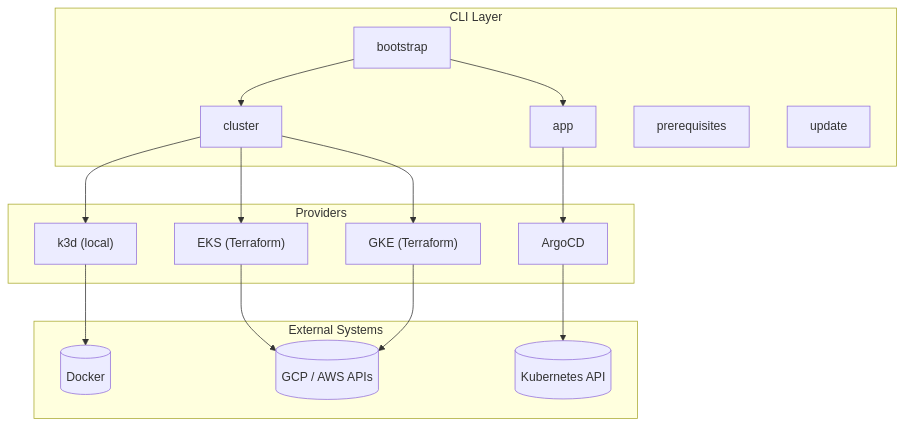
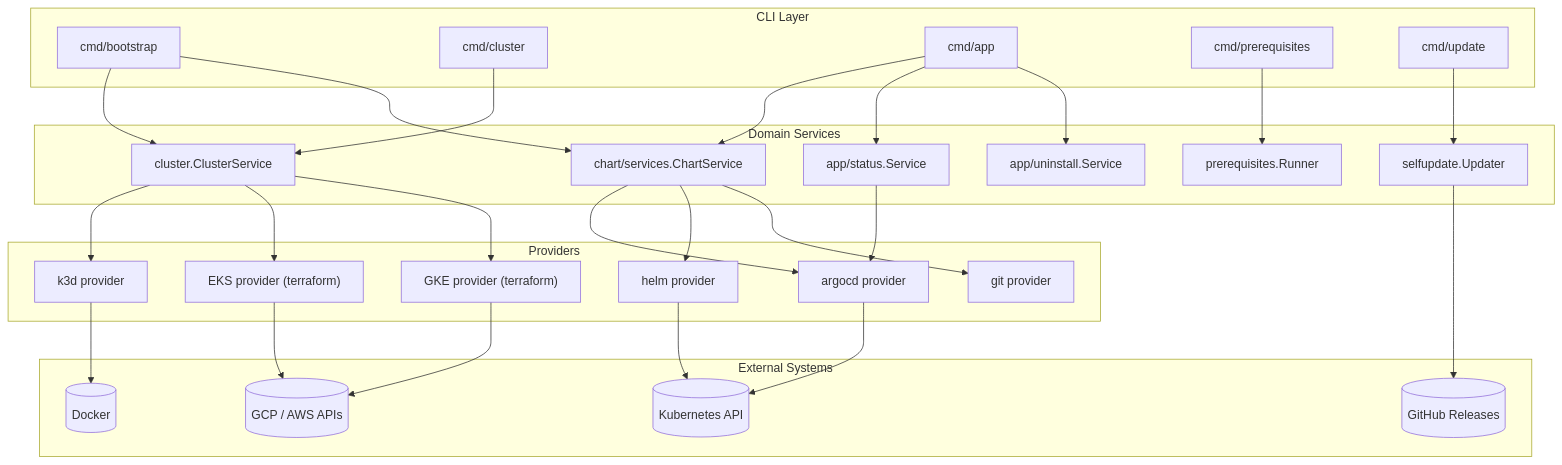
The diagram in docs/getting-started/introduction.md (flamingo-stack/openframe-cli), drawn with Mermaid before and after one commit. The commit also changed other lines of this file and 14 other files, not shown here.

````diff
--- a/docs/getting-started/introduction.md
+++ b/docs/getting-started/introduction.md
@@ -32,35 +47,59 @@
 ```mermaid
 graph TB
     subgraph "CLI Layer"
-        Bootstrap[bootstrap]
-        Cluster[cluster]
-        App[app]
-        Prereq[prerequisites]
-        Update[update]
+        Bootstrap["cmd/bootstrap"]
+        Cluster["cmd/cluster"]
+        App["cmd/app"]
+        Prereq["cmd/prerequisites"]
+        Update["cmd/update"]
+    end
+
+    subgraph "Domain Services"
+        ClusterSvc["cluster.ClusterService"]
+        ChartSvc["chart/services.ChartService"]
+        AppStatus["app/status.Service"]
+        AppUninstall["app/uninstall.Service"]
+        PrereqFw["prerequisites.Runner"]
+        SelfUpdate["selfupdate.Updater"]
     end
 
     subgraph "Providers"
-        K3d["k3d (local)"]
-        EKS["EKS (Terraform)"]
-        GKE["GKE (Terraform)"]
-        ArgoCD["ArgoCD"]
+        K3d["k3d provider"]
+        EKS["EKS provider (terraform)"]
+        GKE["GKE provider (terraform)"]
+        ArgoCD["argocd provider"]
+        Helm["helm provider"]
+        Git["git provider"]
     end
 
     subgraph "External Systems"
-        Docker[(Docker)]
-        K8sAPI[(Kubernetes API)]
-        CloudAPI[(GCP / AWS APIs)]
+        Docker[("Docker")]
+        K8sAPI[("Kubernetes API")]
+        CloudAPI[("GCP / AWS APIs")]
+        GitHubRel[("GitHub Releases")]
     end
 
-    Bootstrap --> Cluster
-    Bootstrap --> App
-    Cluster --> K3d
-    Cluster --> EKS
-    Cluster --> GKE
-    App --> ArgoCD
+    Bootstrap --> ClusterSvc
+    Bootstrap --> ChartSvc
+    Cluster --> ClusterSvc
+    App --> ChartSvc
+    App --> AppStatus
+    App --> AppUninstall
+    Prereq --> PrereqFw
+    Update --> SelfUpdate
+
+    ClusterSvc --> K3d
+    ClusterSvc --> EKS
+    ClusterSvc --> GKE
+    ChartSvc --> ArgoCD
+    ChartSvc --> Helm
+    ChartSvc --> Git
+    AppStatus --> ArgoCD
 
     K3d --> Docker
     EKS --> CloudAPI
     GKE --> CloudAPI
     ArgoCD --> K8sAPI
+    Helm --> K8sAPI
+    SelfUpdate --> GitHubRel
 ```
````
